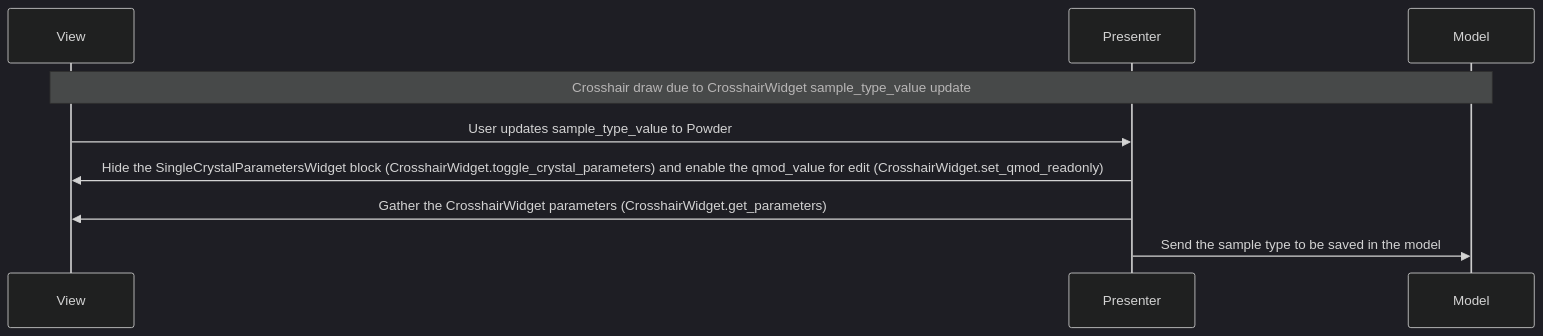
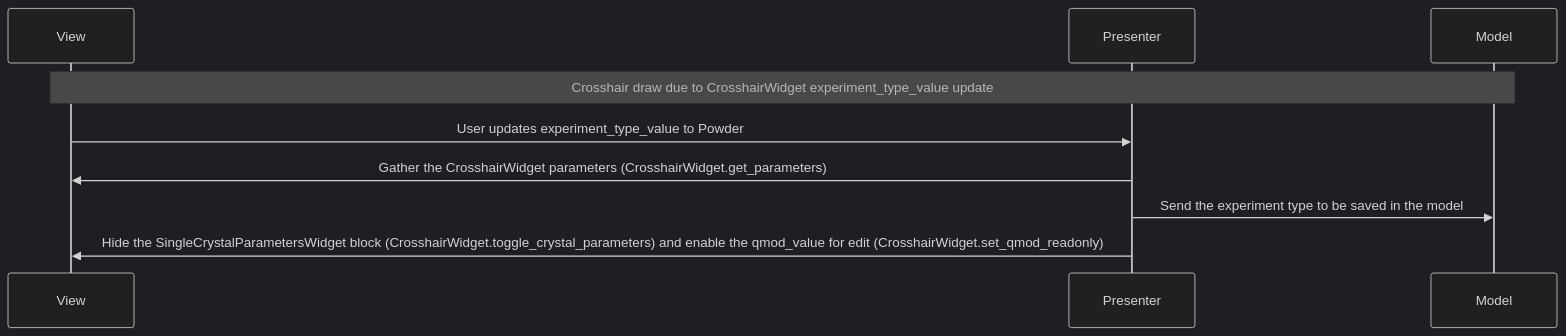
One commit to neutrons/hyspecppt changed the tenth of 13 diagrams in docs/source/design/hyspecpptclasses.rst. Above: the diagram before and after it, drawn with Mermaid (dark theme). The commit also changed other lines of this file and 1 other file, not shown here.

Commit message:
sample renamed to experiment, single crystal type worflow update and other based on discussion

```diff
--- a/docs/source/design/hyspecpptclasses.rst
+++ b/docs/source/design/hyspecpptclasses.rst
@@ -536,12 +554,12 @@
             .. mermaid::
 
                 sequenceDiagram
                     participant View
                     participant Presenter
                     participant Model
 
-                    Note over View,Model: Crosshair draw due to CrosshairWidget sample_type_value update
-                    View->>Presenter: User updates sample_type_value to Powder
+                    Note over View,Model: Crosshair draw due to CrosshairWidget experiment_type_value update
+                    View->>Presenter: User updates experiment_type_value to Powder
+                    Presenter->>View: Gather the CrosshairWidget  parameters (CrosshairWidget.get_parameters)
+                    Presenter->>Model: Send the experiment type to be saved in the model
                     Presenter->>View: Hide the SingleCrystalParametersWidget block (CrosshairWidget.toggle_crystal_parameters) and enable the qmod_value for edit (CrosshairWidget.set_qmod_readonly)
-                    Presenter->>View: Gather the CrosshairWidget  parameters (CrosshairWidget.get_parameters)
-                    Presenter->>Model: Send the sample type to be saved in the model
```
